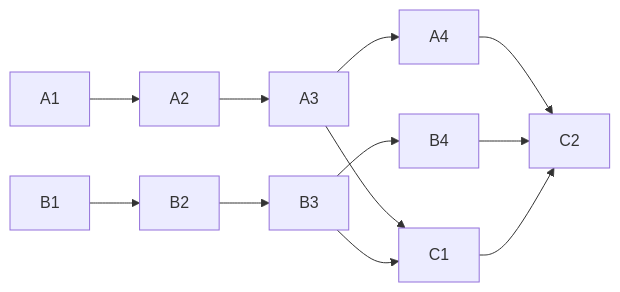
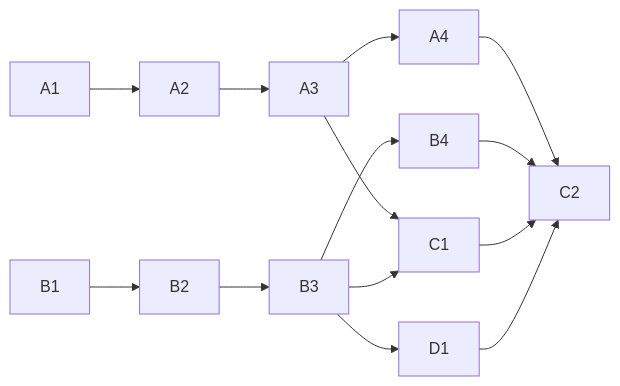
One commit to MadaraUchiha-314/the-loop changed the diagram in docs/specs/issue-462/tasks.md. Above: the diagram before and after it, drawn with Mermaid. The commit also changed other lines of this file and 20 other files, not shown here.

````diff
--- a/docs/specs/issue-462/tasks.md
+++ b/docs/specs/issue-462/tasks.md
@@ -40,7 +45,8 @@
 ```mermaid
 flowchart LR
   A1 --> A2 --> A3 --> A4 --> C2
   B1 --> B2 --> B3 --> B4 --> C2
   A3 --> C1
   B3 --> C1 --> C2
+  B3 --> D1 --> C2
 ```
````
